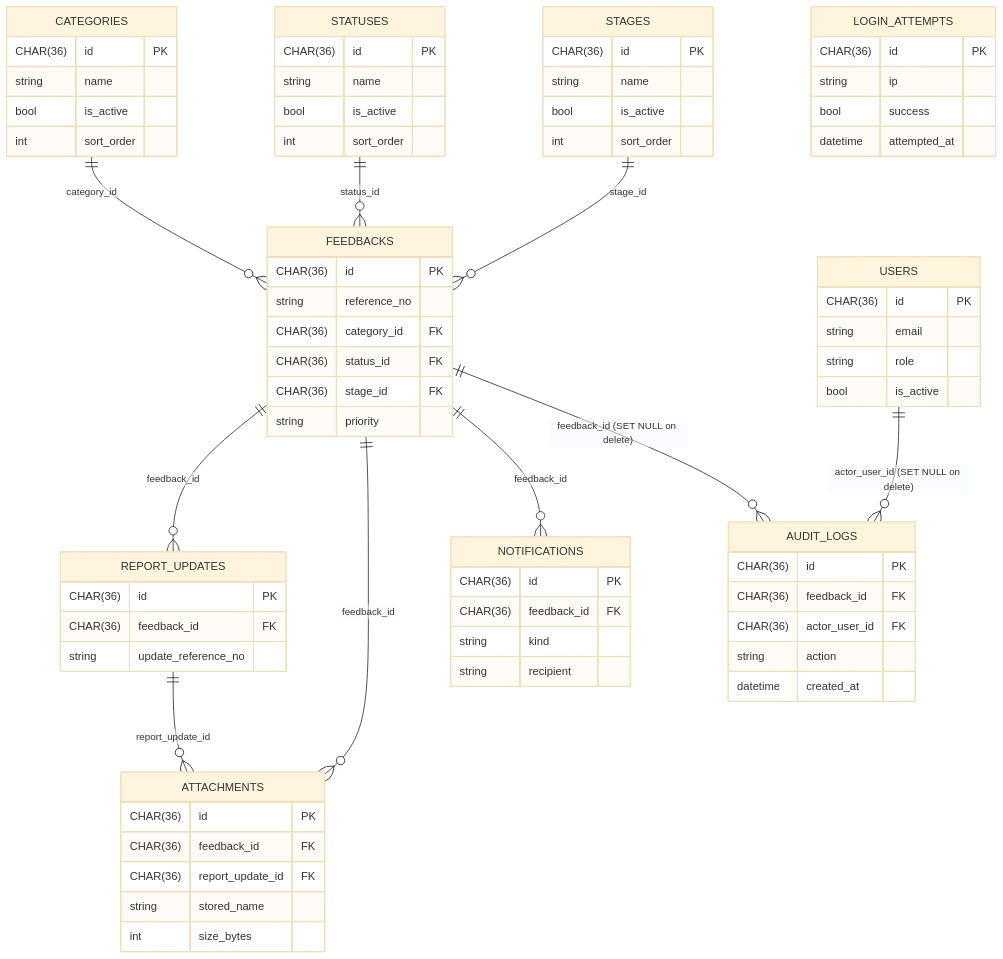
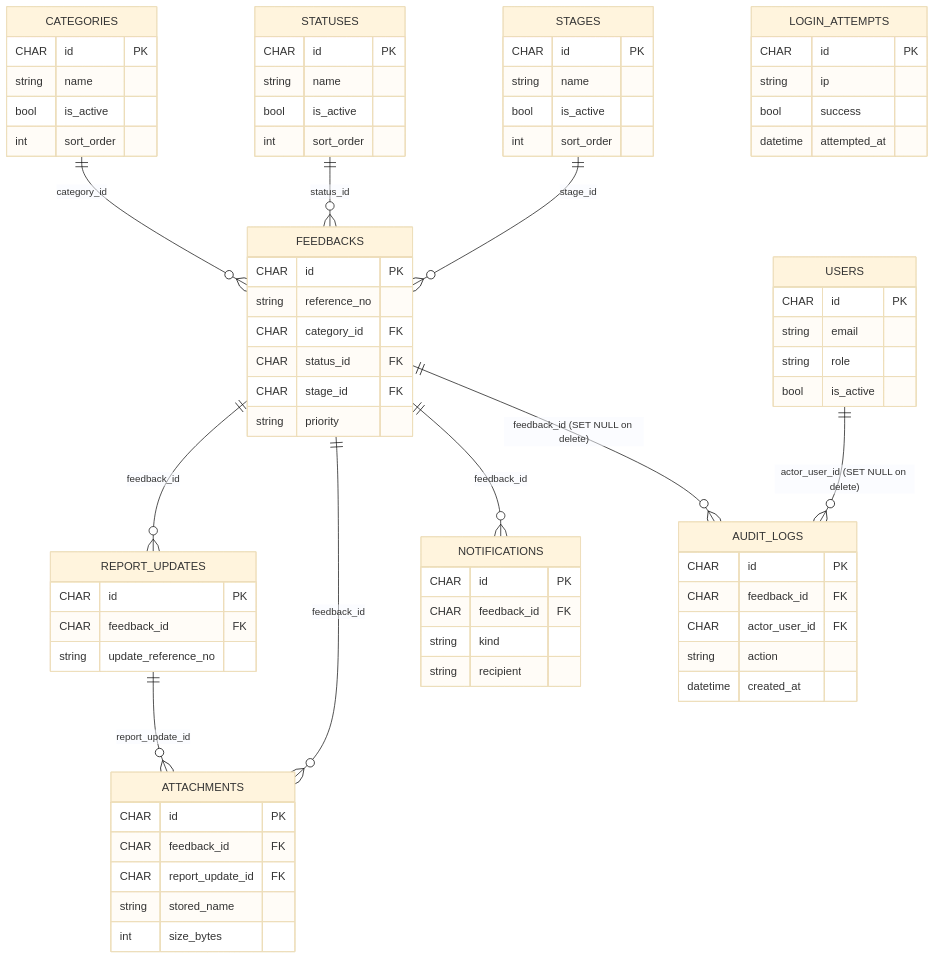
Before and after one commit to siya24/AnonymousFeedbackTool: the third of 4 diagrams in TECHNICAL_DESIGN.md, drawn with Mermaid (base theme). The commit also changed 1 other file, not shown here.

Commit message:
docs: simplify ER char notation

````diff
--- a/TECHNICAL_DESIGN.md
+++ b/TECHNICAL_DESIGN.md
@@ -139,76 +139,76 @@
 ```mermaid
 erDiagram
   CATEGORIES ||--o{ FEEDBACKS : "category_id"
   STATUSES ||--o{ FEEDBACKS : "status_id"
   STAGES ||--o{ FEEDBACKS : "stage_id"
   FEEDBACKS ||--o{ REPORT_UPDATES : "feedback_id"
   FEEDBACKS ||--o{ ATTACHMENTS : "feedback_id"
   REPORT_UPDATES ||--o{ ATTACHMENTS : "report_update_id"
   FEEDBACKS ||--o{ NOTIFICATIONS : "feedback_id"
   FEEDBACKS ||--o{ AUDIT_LOGS : "feedback_id (SET NULL on delete)"
   USERS ||--o{ AUDIT_LOGS : "actor_user_id (SET NULL on delete)"
 
   CATEGORIES {
-    CHAR(36) id PK
+    CHAR id PK
     string name
     bool is_active
     int sort_order
   }
   STATUSES {
-    CHAR(36) id PK
+    CHAR id PK
     string name
     bool is_active
     int sort_order
   }
   STAGES {
-    CHAR(36) id PK
+    CHAR id PK
     string name
     bool is_active
     int sort_order
   }
   FEEDBACKS {
-    CHAR(36) id PK
+    CHAR id PK
     string reference_no
-    CHAR(36) category_id FK
-    CHAR(36) status_id FK
-    CHAR(36) stage_id FK
+    CHAR category_id FK
+    CHAR status_id FK
+    CHAR stage_id FK
     string priority
   }
   REPORT_UPDATES {
-    CHAR(36) id PK
-    CHAR(36) feedback_id FK
+    CHAR id PK
+    CHAR feedback_id FK
     string update_reference_no
   }
   ATTACHMENTS {
-    CHAR(36) id PK
-    CHAR(36) feedback_id FK
-    CHAR(36) report_update_id FK
+    CHAR id PK
+    CHAR feedback_id FK
+    CHAR report_update_id FK
     string stored_name
     int size_bytes
   }
   NOTIFICATIONS {
-    CHAR(36) id PK
-    CHAR(36) feedback_id FK
+    CHAR id PK
+    CHAR feedback_id FK
     string kind
     string recipient
   }
   AUDIT_LOGS {
-    CHAR(36) id PK
-    CHAR(36) feedback_id FK
-    CHAR(36) actor_user_id FK
+    CHAR id PK
+    CHAR feedback_id FK
+    CHAR actor_user_id FK
     string action
     datetime created_at
   }
   USERS {
-    CHAR(36) id PK
+    CHAR id PK
     string email
     string role
     bool is_active
   }
   LOGIN_ATTEMPTS {
-    CHAR(36) id PK
+    CHAR id PK
     string ip
     bool success
     datetime attempted_at
   }
 ```
````
